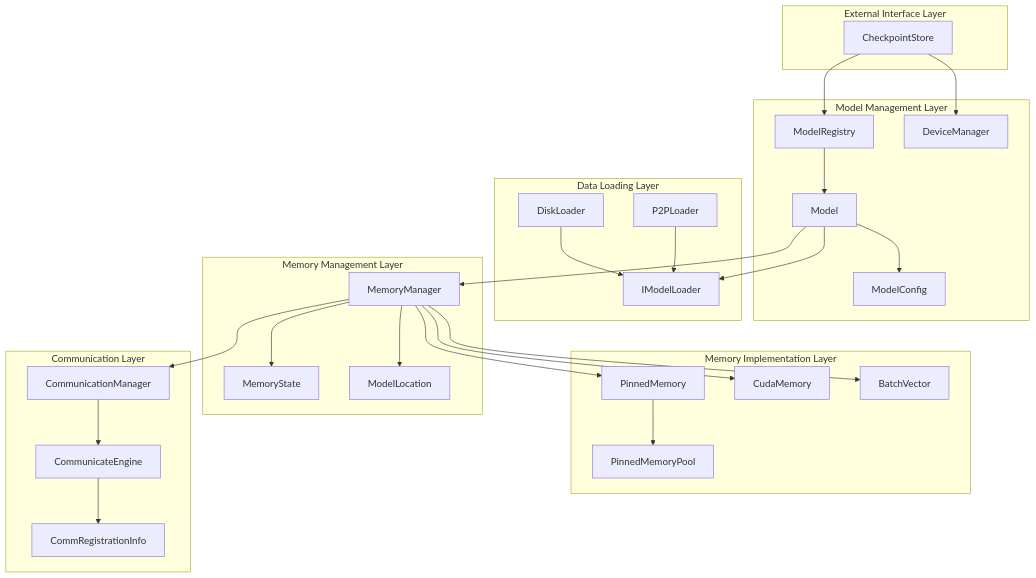
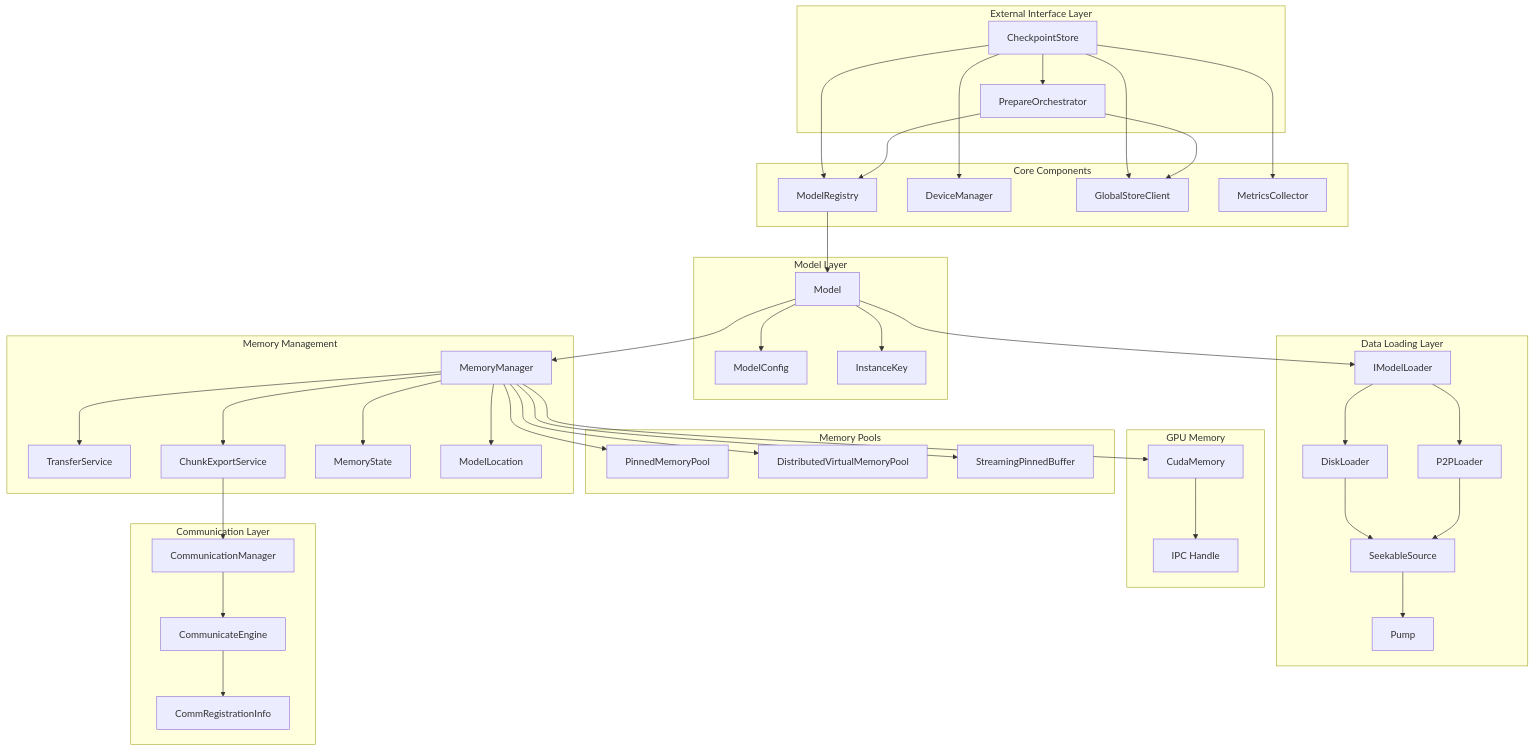
One commit to tensorcast-ai/tensorcast changed the first of 16 diagrams in web-docs/docs/developer-guides/core/store/architecture.md. Above: the diagram before and after it, drawn with Mermaid. The commit also changed other lines of this file and 66 other files, not shown here.

````diff
--- a/web-docs/docs/developer-guides/core/store/architecture.md
+++ b/web-docs/docs/developer-guides/core/store/architecture.md
@@ -16,32 +16,47 @@
 graph TB
     subgraph "External Interface Layer"
         CS[CheckpointStore]
+        PO[PrepareOrchestrator]
     end
 
-    subgraph "Model Management Layer"
-        M[Model]
-        MC[ModelConfig]
+    subgraph "Core Components"
         MR[ModelRegistry]
         DM[DeviceManager]
+        GSC[GlobalStoreClient]
+        MC[MetricsCollector]
+    end
+
+    subgraph "Model Layer"
+        M[Model]
+        MCF[ModelConfig]
+        IK[InstanceKey]
+    end
+
+    subgraph "Memory Management"
+        MM[MemoryManager]
+        TS[TransferService]
+        CES[ChunkExportService]
+        MS[MemoryState]
+        ML[ModelLocation]
     end
 
     subgraph "Data Loading Layer"
         IL[IModelLoader]
         DL[DiskLoader]
-        RL[P2PLoader]
+        PL[P2PLoader]
+        SS[SeekableSource]
+        P[Pump]
     end
 
-    subgraph "Memory Management Layer"
-        MM[MemoryManager]
-        MS1[MemoryState]
-        ML[ModelLocation]
+    subgraph "Memory Pools"
+        PMP[PinnedMemoryPool]
+        DVMP[DistributedVirtualMemoryPool]
+        SPB[StreamingPinnedBuffer]
     end
 
-    subgraph "Memory Implementation Layer"
-        PM[PinnedMemory]
+    subgraph "GPU Memory"
         CM[CudaMemory]
-        PMP[PinnedMemoryPool]
-        BV[BatchVector]
+        IPC[IPC Handle]
     end
 
     subgraph "Communication Layer"
@@ -50,21 +65,38 @@
         CRI[CommRegistrationInfo]
     end
 
+    CS --> PO
     CS --> MR
     CS --> DM
+    CS --> GSC
+    CS --> MC
+    PO --> GSC
+    PO --> MR
+
     MR --> M
+    M --> IK
+    M --> MM
     M --> IL
-    M --> MM
-    M --> MC
-    DL --> IL
-    RL --> IL
-    MM --> PM
+    M --> MCF
+
+    MM --> TS
+    MM --> CES
+    MM --> MS
+    MM --> ML
+    MM --> PMP
+    MM --> DVMP
+    MM --> SPB
     MM --> CM
-    MM --> MS1
-    MM --> ML
-    PM --> PMP
-    MM --> BV
-    MM --> CMN
+
+    IL --> DL
+    IL --> PL
+    DL --> SS
+    PL --> SS
+    SS --> P
+
+    CES --> CMN
     CMN --> CE
     CE --> CRI
+
+    CM --> IPC
 ```
````
